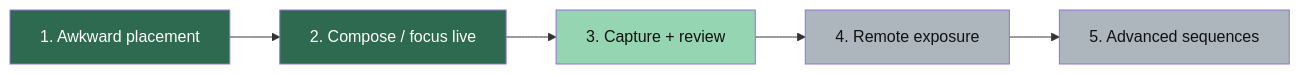
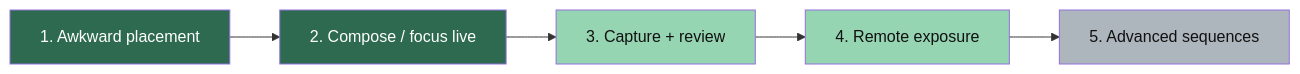
Before and after one commit to cjlawson02/5dcontrol: the second of 2 diagrams in docs/PRODUCT.md, drawn with Mermaid. The commit also changed other lines of this file and 22 other files, not shown here.

````diff
--- a/docs/PRODUCT.md
+++ b/docs/PRODUCT.md
@@ -50,13 +50,13 @@
 ```mermaid
 flowchart LR
   J1["1. Awkward placement"] --> J2["2. Compose / focus live"]
   J2 --> J3["3. Capture + review"]
   J3 --> J4["4. Remote exposure"]
   J4 --> J5["5. Advanced sequences"]
 
   style J1 fill:#2d6a4f,color:#fff
   style J2 fill:#2d6a4f,color:#fff
   style J3 fill:#95d5b2,color:#111
-  style J4 fill:#adb5bd,color:#111
+  style J4 fill:#95d5b2,color:#111
   style J5 fill:#adb5bd,color:#111
 ```
````
